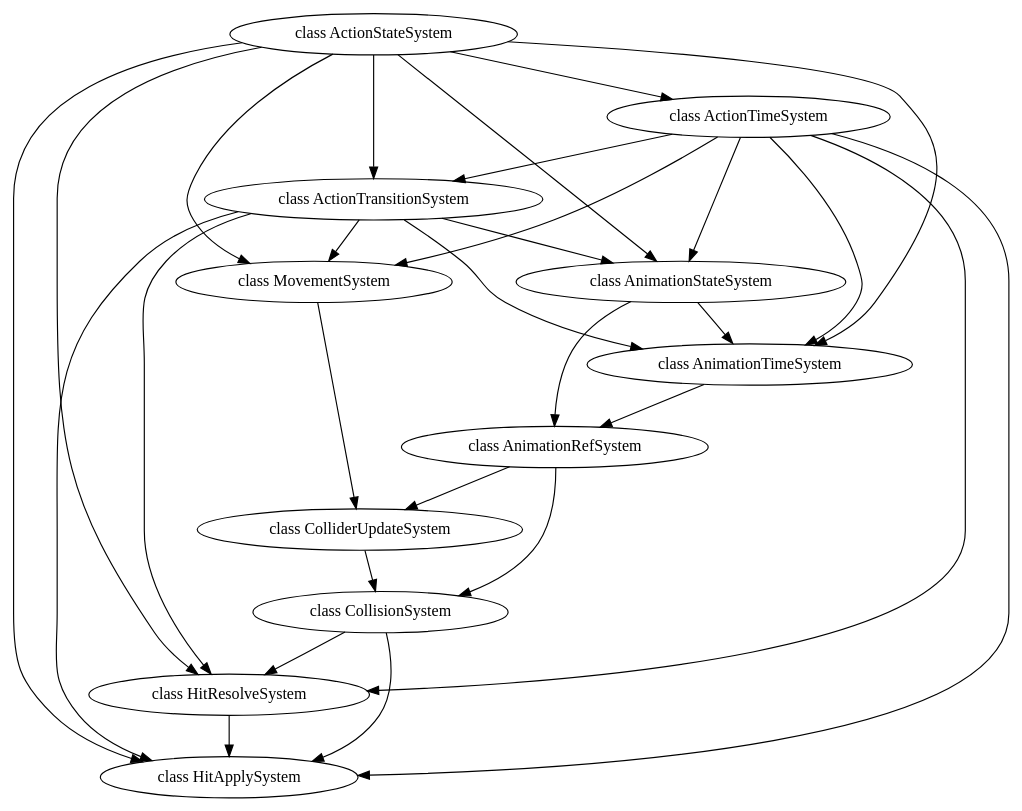
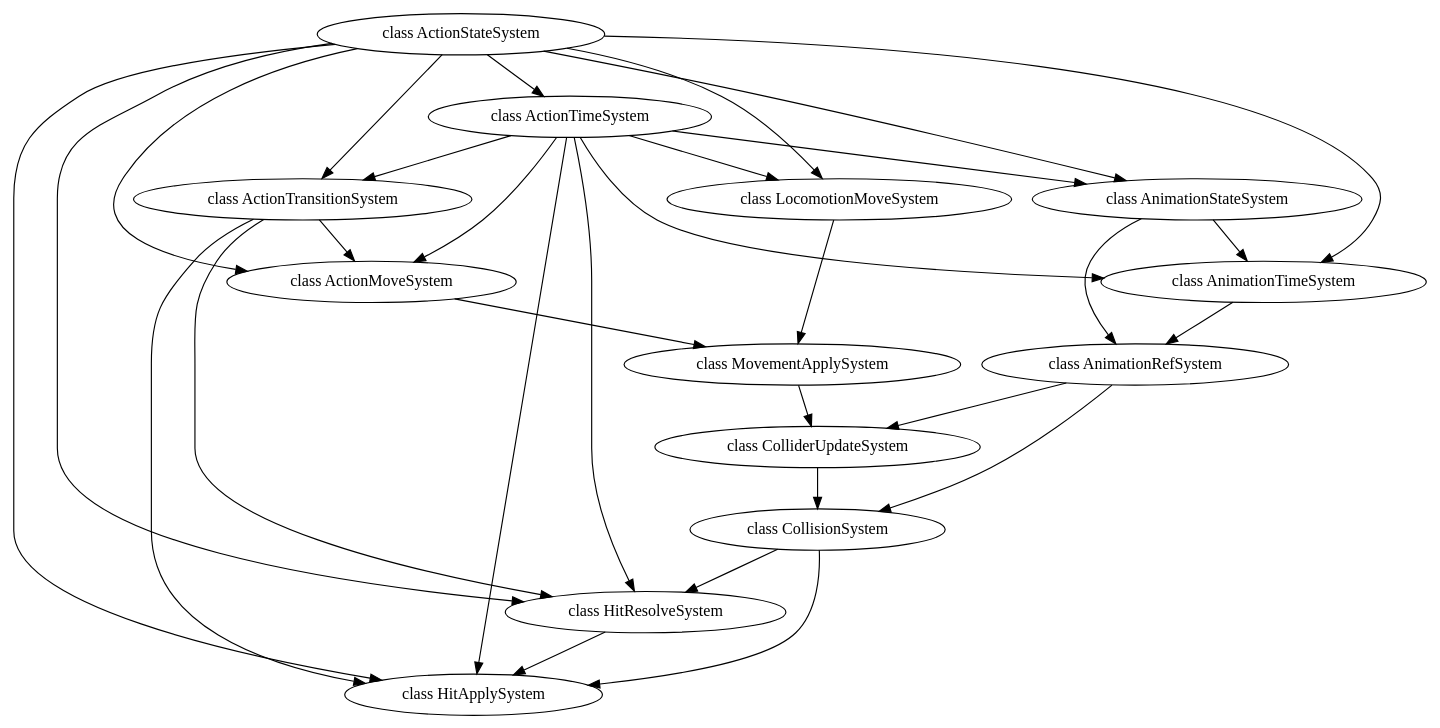
Before and after one commit to Vallhup/GameServer: the diagram in WITH_Server/WITH_Server/graph.gv, drawn with Graphviz. The commit also changed 33 other files, not shown here.

First line of the commit message:
refactor: clarify action/move policies and sync animation flow

```diff
--- a/WITH_Server/WITH_Server/graph.gv
+++ b/WITH_Server/WITH_Server/graph.gv
@@ -1,31 +1,33 @@
 digraph JobGraph {
   "class ActionStateSystem" -> "class ActionTimeSystem";
   "class ActionStateSystem" -> "class ActionTransitionSystem";
-  "class ActionStateSystem" -> "class MovementSystem";
+  "class ActionStateSystem" -> "class ActionMoveSystem";
+  "class ActionStateSystem" -> "class LocomotionMoveSystem";
   "class ActionStateSystem" -> "class AnimationStateSystem";
   "class ActionStateSystem" -> "class AnimationTimeSystem";
   "class ActionStateSystem" -> "class HitResolveSystem";
   "class ActionStateSystem" -> "class HitApplySystem";
   "class ActionTimeSystem" -> "class ActionTransitionSystem";
-  "class ActionTimeSystem" -> "class MovementSystem";
+  "class ActionTimeSystem" -> "class ActionMoveSystem";
+  "class ActionTimeSystem" -> "class LocomotionMoveSystem";
   "class ActionTimeSystem" -> "class AnimationStateSystem";
   "class ActionTimeSystem" -> "class AnimationTimeSystem";
   "class ActionTimeSystem" -> "class HitResolveSystem";
   "class ActionTimeSystem" -> "class HitApplySystem";
-  "class ActionTransitionSystem" -> "class MovementSystem";
-  "class ActionTransitionSystem" -> "class AnimationStateSystem";
-  "class ActionTransitionSystem" -> "class AnimationTimeSystem";
+  "class ActionTransitionSystem" -> "class ActionMoveSystem";
   "class ActionTransitionSystem" -> "class HitResolveSystem";
   "class ActionTransitionSystem" -> "class HitApplySystem";
-  "class MovementSystem" -> "class ColliderUpdateSystem";
+  "class ActionMoveSystem" -> "class MovementApplySystem";
+  "class LocomotionMoveSystem" -> "class MovementApplySystem";
+  "class MovementApplySystem" -> "class ColliderUpdateSystem";
   "class AnimationStateSystem" -> "class AnimationTimeSystem";
   "class AnimationStateSystem" -> "class AnimationRefSystem";
   "class AnimationTimeSystem" -> "class AnimationRefSystem";
   "class AnimationRefSystem" -> "class ColliderUpdateSystem";
   "class AnimationRefSystem" -> "class CollisionSystem";
   "class ColliderUpdateSystem" -> "class CollisionSystem";
   "class CollisionSystem" -> "class HitResolveSystem";
   "class CollisionSystem" -> "class HitApplySystem";
   "class HitResolveSystem" -> "class HitApplySystem";
   "class HitApplySystem";
 }
```
